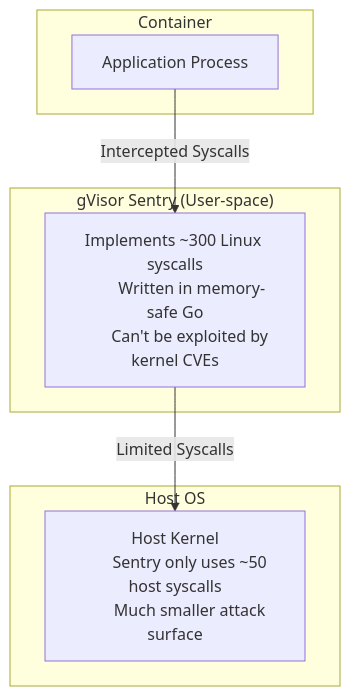
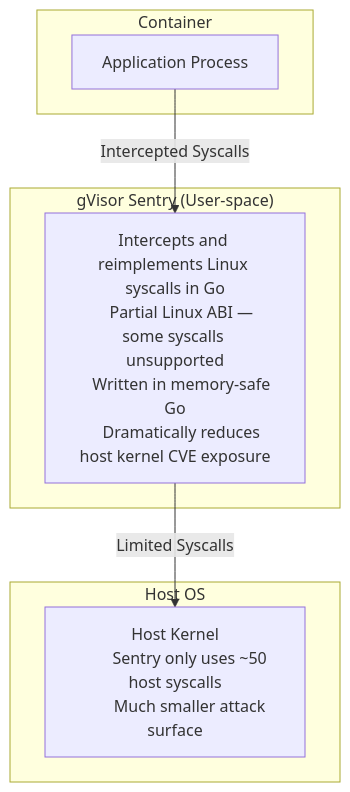
The third of 5 diagrams in src/content/docs/k8s/cks/part4-microservice-vulnerabilities/module-4.4-runtime-sandboxing.md (kube-dojo/kube-dojo), drawn with Mermaid before and after one commit. The commit also changed other lines of this file, not shown here.

````diff
--- a/src/content/docs/k8s/cks/part4-microservice-vulnerabilities/module-4.4-runtime-sandboxing.md
+++ b/src/content/docs/k8s/cks/part4-microservice-vulnerabilities/module-4.4-runtime-sandboxing.md
@@ -113,19 +119,20 @@
 ```mermaid
 flowchart TD
     subgraph Pod ["Container"]
         App["Application Process"]
     end
     subgraph gVisor ["gVisor Sentry (User-space)"]
-        Sentry["Implements ~300 Linux syscalls
-        Written in memory-safe Go
-        Can't be exploited by kernel CVEs"]
+    Sentry["Intercepts and reimplements Linux syscalls in Go
+    Partial Linux ABI — some syscalls unsupported
+    Written in memory-safe Go
+    Dramatically reduces host kernel CVE exposure"]
     end
     subgraph Host ["Host OS"]
         Kernel["Host Kernel
         Sentry only uses ~50 host syscalls
         Much smaller attack surface"]
     end
 
     App -->|Intercepted Syscalls| Sentry
     Sentry -->|Limited Syscalls| Kernel
 ```
````
